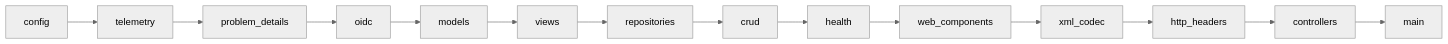
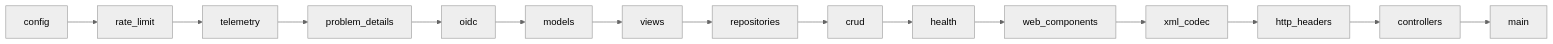
Before and after one commit to crazyracer98/template-python: the first of 2 diagrams in src/app/README.md, drawn with Mermaid (neutral theme). The commit also changed other lines of this file and 40 other files, not shown here.

First line of the commit message:
fix(security): address OWASP Top 10 hardening findings across config, CRUD, auth, and logging

````diff
--- a/src/app/README.md
+++ b/src/app/README.md
@@ -49,7 +52,7 @@
 ```mermaid
 graph LR
-    config --> telemetry --> problem_details --> oidc --> models
-    models --> views --> repositories --> crud --> health
+    config --> rate_limit --> telemetry --> problem_details --> oidc
+    oidc --> models --> views --> repositories --> crud --> health
     health --> web_components --> xml_codec --> http_headers
     http_headers --> controllers --> main
 ```
````
